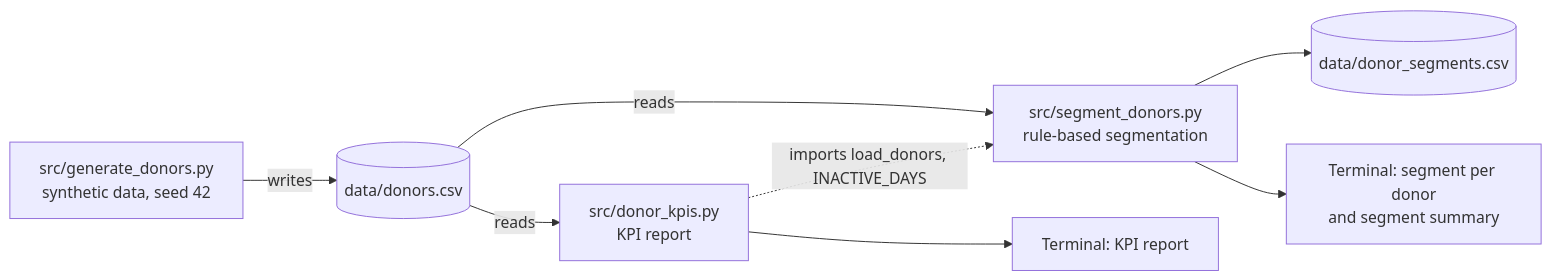
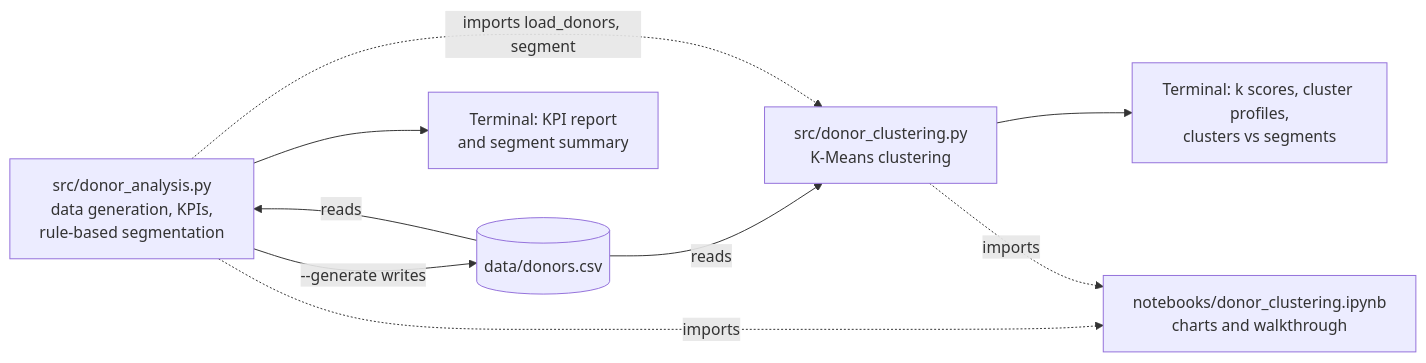
The second of 2 diagrams in README.md (mdabbas-cse/ai-fundraising), drawn with Mermaid before and after one commit. The commit also changed other lines of this file and 5 other files, not shown here.

First line of the commit message:
Add K-Means donor clustering and combined analysis script

````diff
--- a/README.md
+++ b/README.md
@@ -235,10 +296,11 @@
 ```mermaid
 flowchart LR
-    G["src/generate_donors.py<br/>synthetic data, seed 42"] -->|writes| D[("data/donors.csv")]
-    D -->|reads| K["src/donor_kpis.py<br/>KPI report"]
-    D -->|reads| S["src/segment_donors.py<br/>rule-based segmentation"]
-    K -.->|"imports load_donors, INACTIVE_DAYS"| S
-    K --> R1["Terminal: KPI report"]
-    S --> O[("data/donor_segments.csv")]
-    S --> R2["Terminal: segment per donor<br/>and segment summary"]
+    A["src/donor_analysis.py<br/>data generation, KPIs,<br/>rule-based segmentation"] -->|"--generate writes"| D[("data/donors.csv")]
+    D -->|reads| A
+    D -->|reads| C["src/donor_clustering.py<br/>K-Means clustering"]
+    A -.->|"imports load_donors, segment"| C
+    A --> R1["Terminal: KPI report<br/>and segment summary"]
+    C --> R2["Terminal: k scores, cluster profiles,<br/>clusters vs segments"]
+    A -.->|"imports"| N["notebooks/donor_clustering.ipynb<br/>charts and walkthrough"]
+    C -.->|"imports"| N
 ```
````
